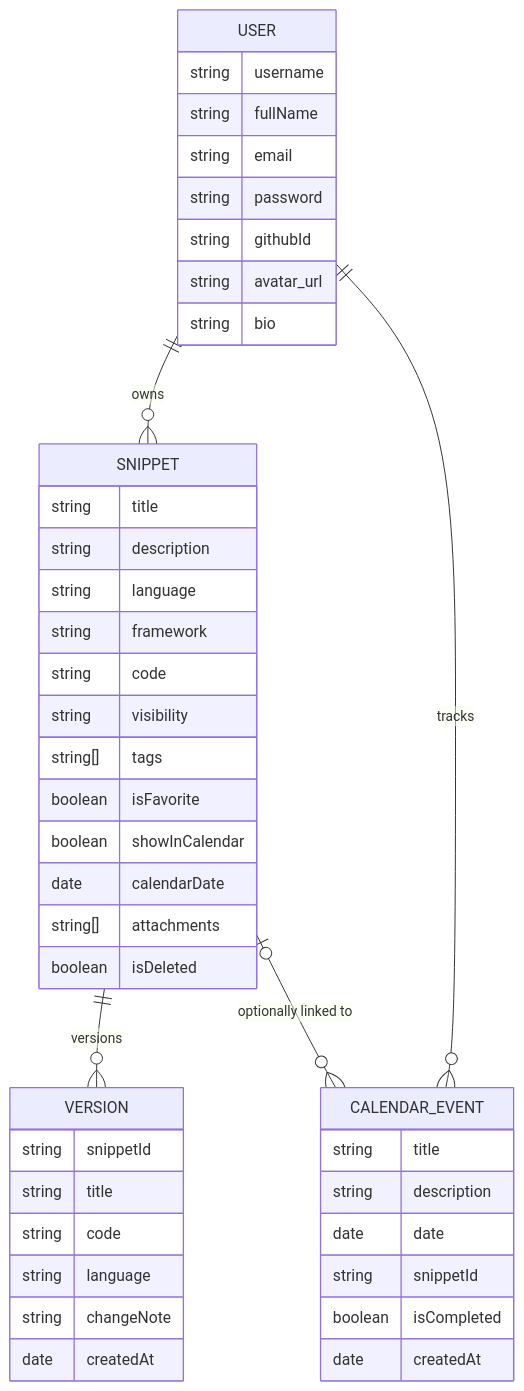
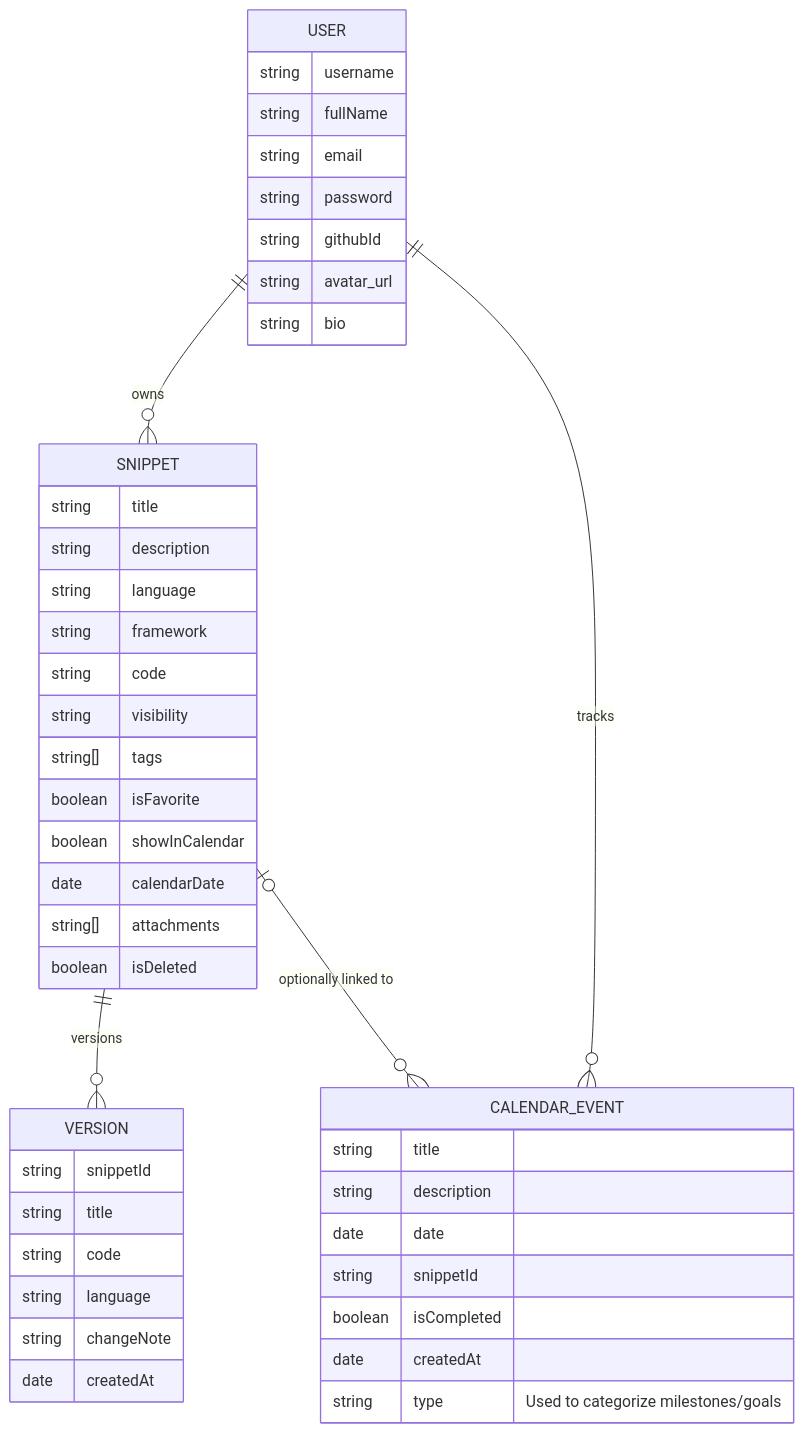
The diagram in ErDiagram.md (mahi656/Code-Snippet), drawn with Mermaid before and after one commit. The commit also changed 5 other files, not shown here.

````diff
--- a/ErDiagram.md
+++ b/ErDiagram.md
@@ -1,50 +1,51 @@
 ```mermaid
 erDiagram
     USER ||--o{ SNIPPET : owns
     USER ||--o{ CALENDAR_EVENT : tracks
     SNIPPET ||--o{ VERSION : versions
     SNIPPET |o--o{ CALENDAR_EVENT : "optionally linked to"
 
     USER {
         string username
         string fullName
         string email
         string password
         string githubId
         string avatar_url
         string bio
     }
 
     SNIPPET {
         string title
         string description
         string language
         string framework
         string code
         string visibility
         string[] tags
         boolean isFavorite
         boolean showInCalendar
         date calendarDate
         string[] attachments
         boolean isDeleted
     }
 
     VERSION {
         string snippetId
         string title
         string code
         string language
         string changeNote
         date createdAt
     }
 
     CALENDAR_EVENT {
         string title
         string description
         date date
         string snippetId
         boolean isCompleted
         date createdAt
+        string type "Used to categorize milestones/goals"
     }
 ```
````
